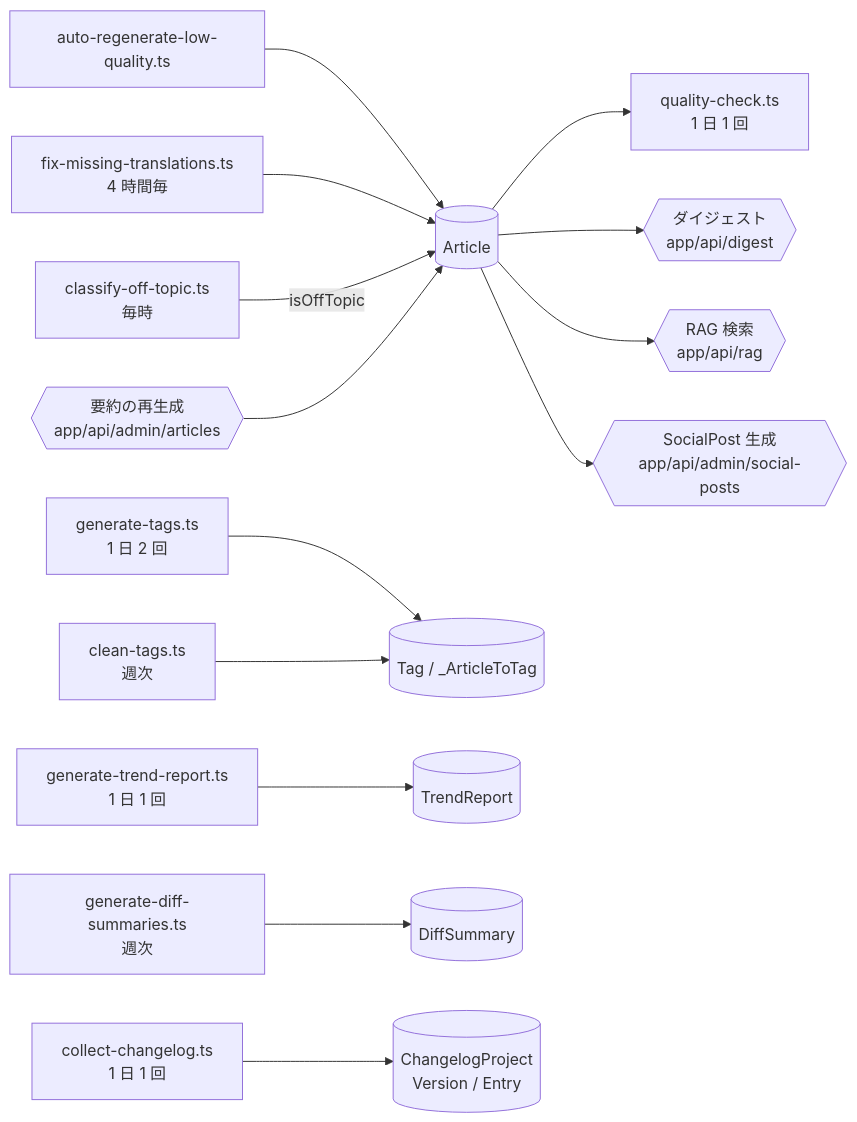
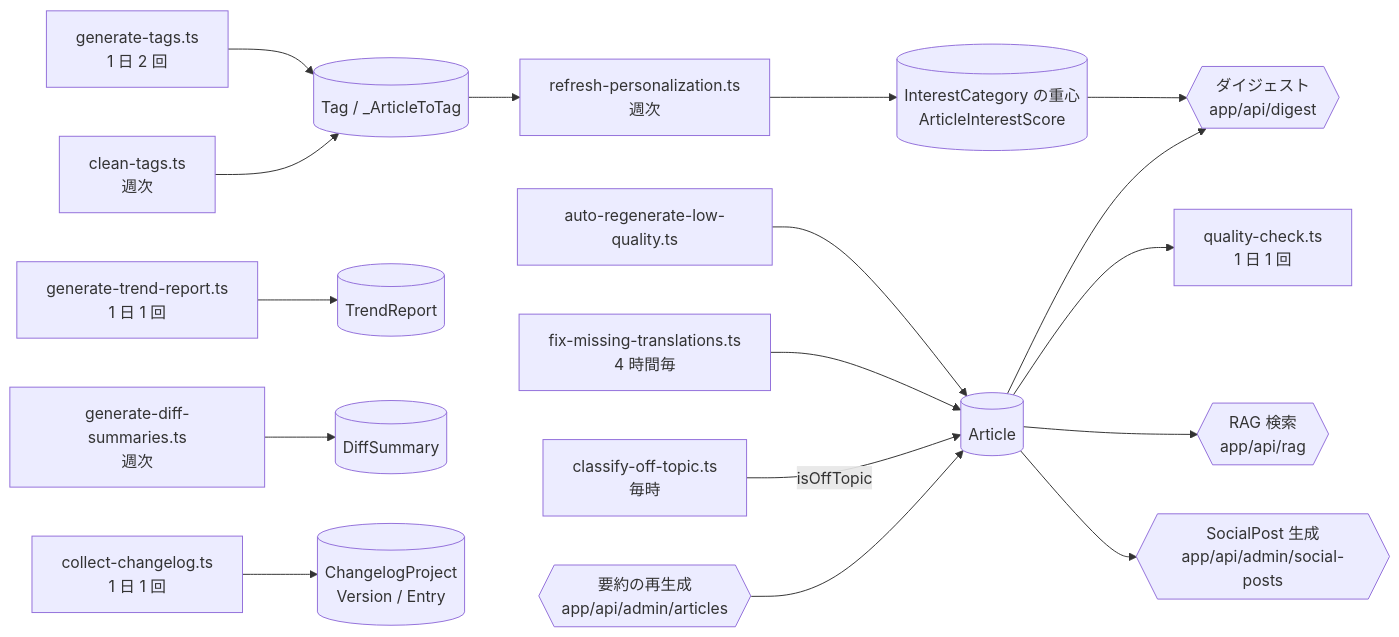
The second of 2 diagrams in docs/architecture/02-batch-pipeline.md (pawafulu7/techtrend), drawn with Mermaid before and after one commit. The commit also changed other lines of this file and 62 other files, not shown here.

````diff
--- a/docs/architecture/02-batch-pipeline.md
+++ b/docs/architecture/02-batch-pipeline.md
@@ -53,39 +53,44 @@
 ```mermaid
 flowchart LR
     ArticleDB[("Article")]
 
     GenerateTags["generate-tags.ts<br/>1 日 2 回"]
     QualityCheck["quality-check.ts<br/>1 日 1 回"]
     AutoRegen["auto-regenerate-low-quality.ts"]
     FixTranslations["fix-missing-translations.ts<br/>4 時間毎"]
     TrendReport["generate-trend-report.ts<br/>1 日 1 回"]
     DiffSummary["generate-diff-summaries.ts<br/>週次"]
     Changelog["collect-changelog.ts<br/>1 日 1 回"]
     CleanTags["clean-tags.ts<br/>週次"]
     OffTopic["classify-off-topic.ts<br/>毎時"]
+    RefreshPersonalization["refresh-personalization.ts<br/>週次"]
 
     TagDB[("Tag / _ArticleToTag")]
     TrendReportDB[("TrendReport")]
     DiffSummaryDB[("DiffSummary")]
     ChangelogDB[("ChangelogProject<br/>Version / Entry")]
+    InterestScoreDB[("InterestCategory の重心<br/>ArticleInterestScore")]
 
     Digest{{"ダイジェスト<br/>app/api/digest"}}
     Rag{{"RAG 検索<br/>app/api/rag"}}
     SocialPost{{"SocialPost 生成<br/>app/api/admin/social-posts"}}
     Regenerate{{"要約の再生成<br/>app/api/admin/articles"}}
 
     GenerateTags --> TagDB
     CleanTags --> TagDB
     ArticleDB --> QualityCheck
     AutoRegen --> ArticleDB
     FixTranslations --> ArticleDB
     TrendReport --> TrendReportDB
     DiffSummary --> DiffSummaryDB
     Changelog --> ChangelogDB
     OffTopic -->|"isOffTopic"| ArticleDB
+    TagDB --> RefreshPersonalization
+    RefreshPersonalization --> InterestScoreDB
+    InterestScoreDB --> Digest
     Regenerate --> ArticleDB
 
     ArticleDB --> Digest
     ArticleDB --> Rag
     ArticleDB --> SocialPost
 ```
````
